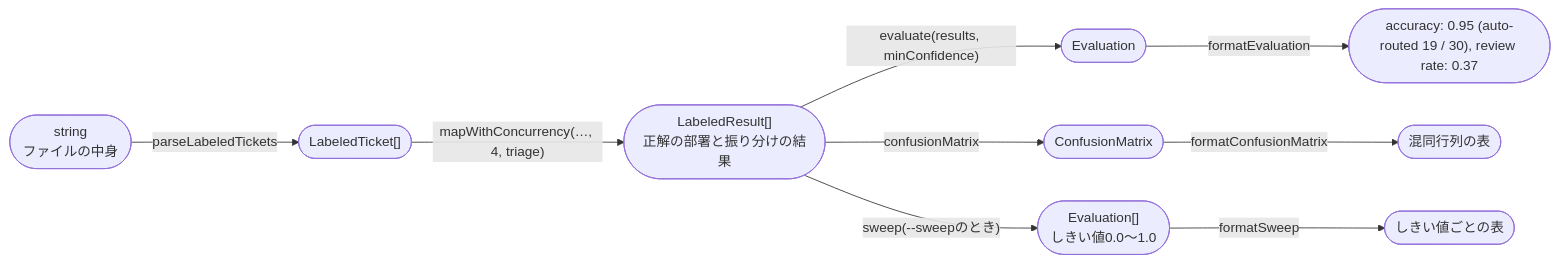
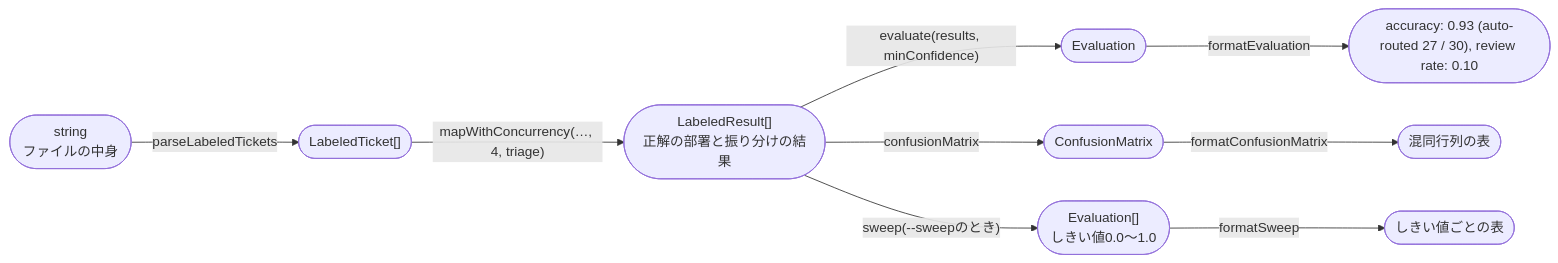
Before and after one commit to enunun/systemone-handson: the fourth of 7 diagrams in iterations/iteration-7/solution/design/04-code.md, drawn with Mermaid. The commit also changed other lines of this file and 184 other files, not shown here.

````diff
--- a/iterations/iteration-7/solution/design/04-code.md
+++ b/iterations/iteration-7/solution/design/04-code.md
@@ -56,11 +56,11 @@
 ```mermaid
 flowchart LR
   text(["string<br/>ファイルの中身"]) -- "parseLabeledTickets" --> labeled(["LabeledTicket[]"])
   labeled -- "mapWithConcurrency(…, 4, triage)" --> results(["LabeledResult[]<br/>正解の部署と振り分けの結果"])
   results -- "evaluate(results, minConfidence)" --> evaluation(["Evaluation"])
-  evaluation -- "formatEvaluation" --> line(["accuracy: 0.95 (auto-routed 19 / 30), review rate: 0.37"])
+  evaluation -- "formatEvaluation" --> line(["accuracy: 0.93 (auto-routed 27 / 30), review rate: 0.10"])
   results -- "confusionMatrix" --> matrix(["ConfusionMatrix"])
   matrix -- "formatConfusionMatrix" --> table(["混同行列の表"])
   results -- "sweep(--sweepのとき)" --> rows(["Evaluation[]<br/>しきい値0.0〜1.0"])
   rows -- "formatSweep" --> sweepTable(["しきい値ごとの表"])
 ```
````
